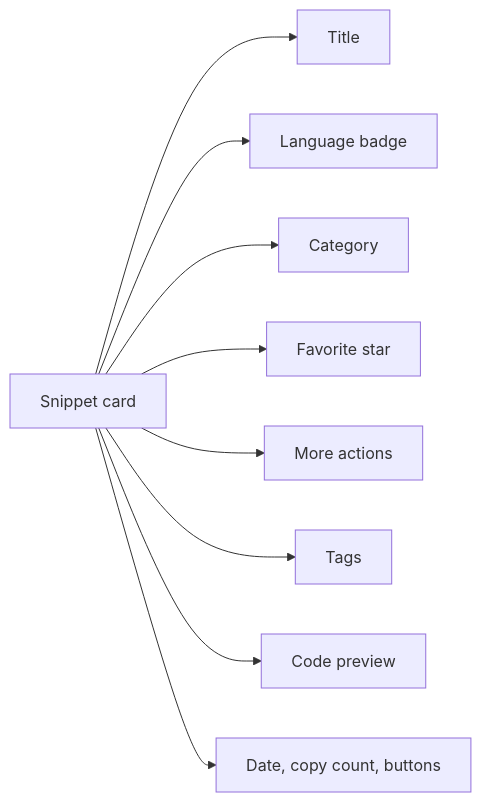
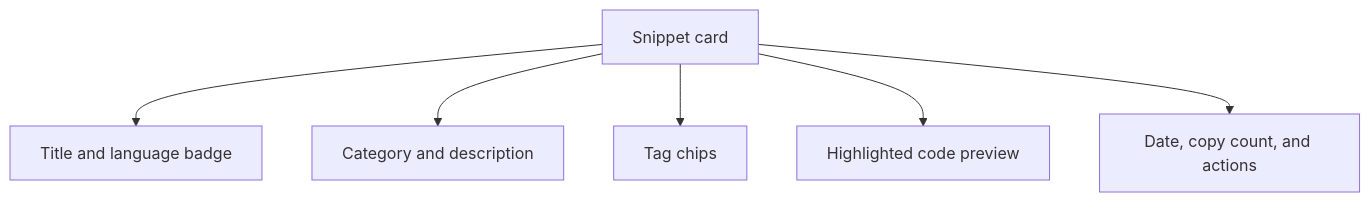
One commit to Mohita111/API2 changed the fourth of 4 diagrams in api2-documentation/plan_2026-11-02_f8890e/user-facing-docs/snippet-library.md. Above: the diagram before and after it, drawn with Mermaid. The commit also changed other lines of this file and 11 other files, not shown here.

````diff
--- a/api2-documentation/plan_2026-11-02_f8890e/user-facing-docs/snippet-library.md
+++ b/api2-documentation/plan_2026-11-02_f8890e/user-facing-docs/snippet-library.md
@@ -77,11 +91,8 @@
 ```mermaid
-graph LR
-    Card["Snippet card"] --> Title
-    Card --> Badge["Language badge"]
-    Card --> Category["Category"]
-    Card --> Star["Favorite star"]
-    Card --> More["More actions"]
-    Card --> Tags
-    Card --> Preview["Code preview"]
-    Card --> Footer["Date, copy count, buttons"]
+graph TD
+  Card[Snippet card] --> A[Title and language badge]
+  Card --> B[Category and description]
+  Card --> C[Tag chips]
+  Card --> D[Highlighted code preview]
+  Card --> E["Date, copy count, and actions"]
 ```
````
